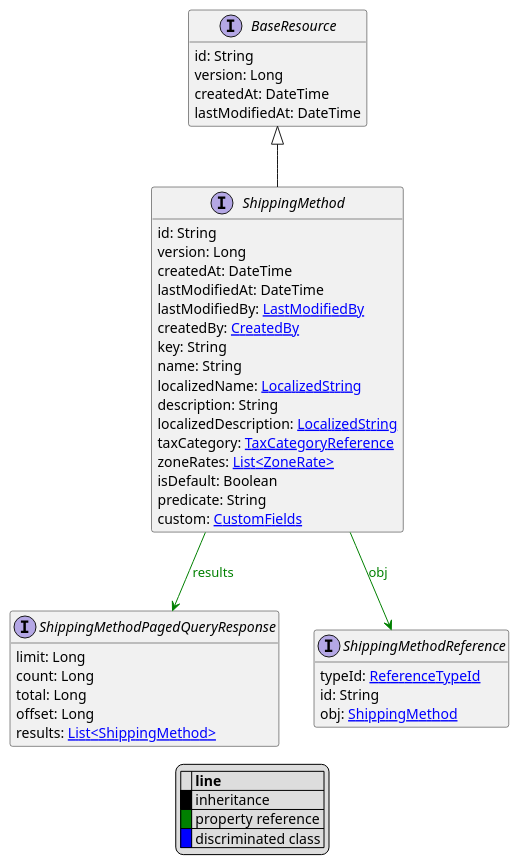
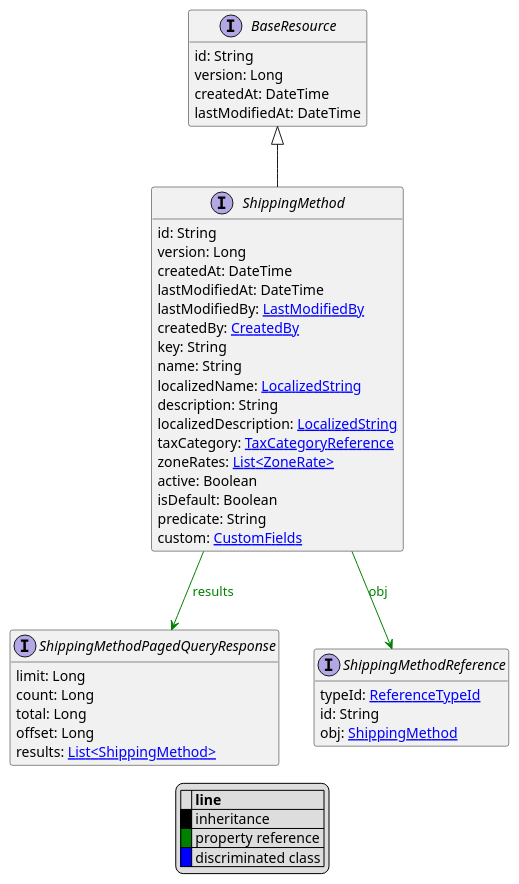
One commit to commercetools/commercetools-api-reference changed the diagram in uml/api/ShippingMethod.puml. Above: the diagram before and after it, drawn with PlantUML. The commit also changed 40 other files, not shown here.

```diff
--- a/uml/api/ShippingMethod.puml
+++ b/uml/api/ShippingMethod.puml
@@ -1,52 +1,53 @@
 @startuml
 
 hide empty fields
 hide empty methods
 legend
 |= |= line |
 |<back:black>   </back>| inheritance |
 |<back:green>   </back>| property reference |
 |<back:blue>   </back>| discriminated class |
 endlegend
 interface ShippingMethod [[ShippingMethod.svg]] extends BaseResource {
     id: String
     version: Long
     createdAt: DateTime
     lastModifiedAt: DateTime
     lastModifiedBy: [[LastModifiedBy.svg LastModifiedBy]]
     createdBy: [[CreatedBy.svg CreatedBy]]
     key: String
     name: String
     localizedName: [[LocalizedString.svg LocalizedString]]
     description: String
     localizedDescription: [[LocalizedString.svg LocalizedString]]
     taxCategory: [[TaxCategoryReference.svg TaxCategoryReference]]
     zoneRates: [[ZoneRate.svg List<ZoneRate>]]
+    active: Boolean
     isDefault: Boolean
     predicate: String
     custom: [[CustomFields.svg CustomFields]]
 }
 interface BaseResource [[BaseResource.svg]]  {
     id: String
     version: Long
     createdAt: DateTime
     lastModifiedAt: DateTime
 }
 
 
 interface ShippingMethodPagedQueryResponse [[ShippingMethodPagedQueryResponse.svg]]  {
     limit: Long
     count: Long
     total: Long
     offset: Long
     results: [[ShippingMethod.svg List<ShippingMethod>]]
 }
 interface ShippingMethodReference [[ShippingMethodReference.svg]]  {
     typeId: [[ReferenceTypeId.svg ReferenceTypeId]]
     id: String
     obj: [[ShippingMethod.svg ShippingMethod]]
 }
 
 ShippingMethod --> ShippingMethodPagedQueryResponse #green;text:green : "results"
 ShippingMethod --> ShippingMethodReference #green;text:green : "obj"
 @enduml
```
